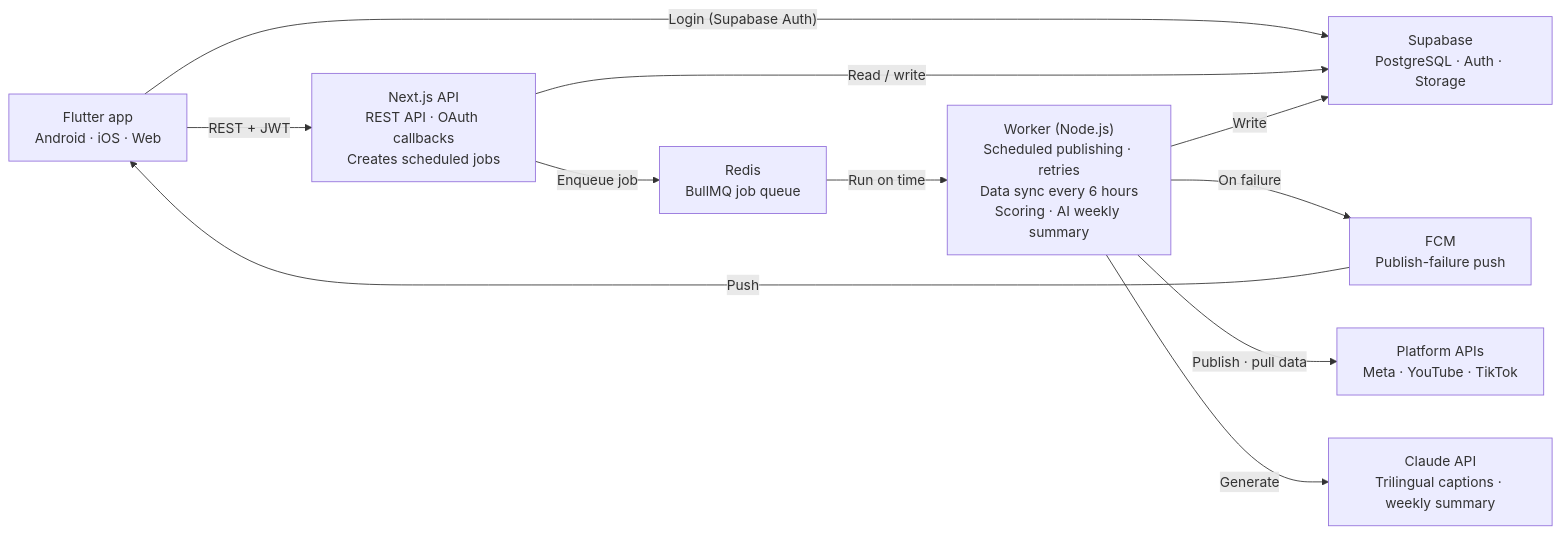
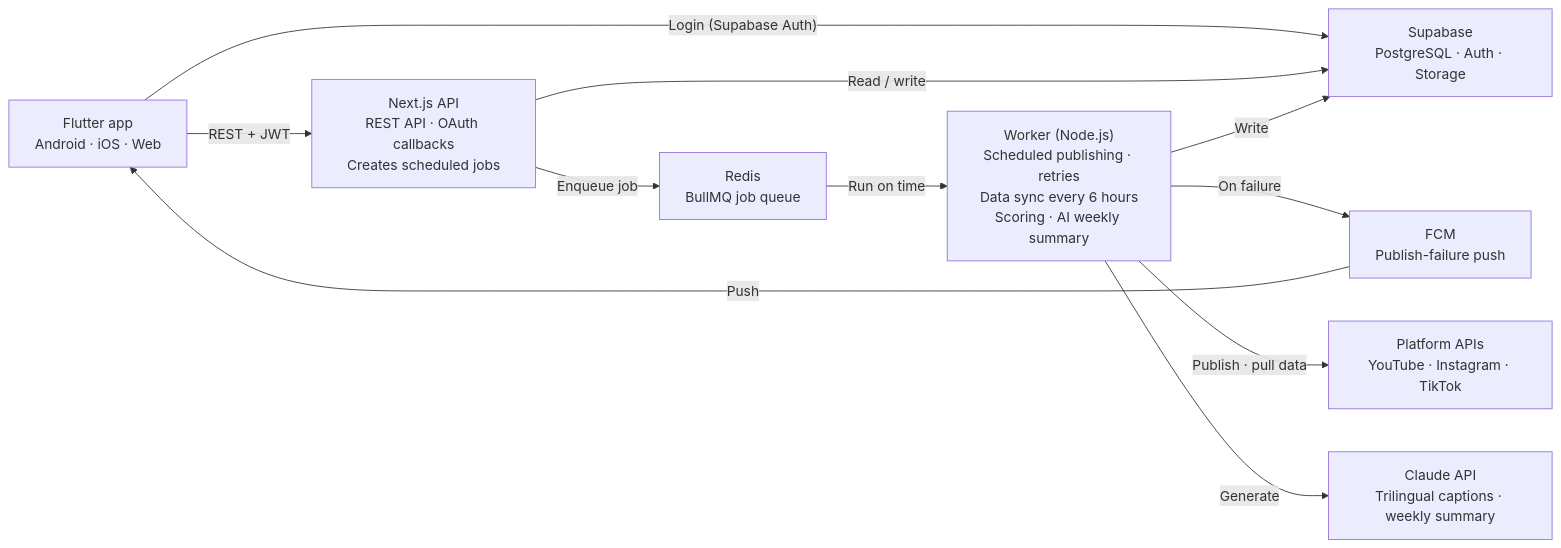
The diagram in docs/TRD.md (JaxzTan/unknown), drawn with Mermaid before and after one commit. The commit also changed other lines of this file and 1 other file, not shown here.

````diff
--- a/docs/TRD.md
+++ b/docs/TRD.md
@@ -15,22 +23,22 @@
 ```mermaid
 flowchart LR
     Flutter["Flutter app<br/>Android · iOS · Web"]
     API["Next.js API<br/>REST API · OAuth callbacks<br/>Creates scheduled jobs"]
     Redis["Redis<br/>BullMQ job queue"]
     Worker["Worker (Node.js)<br/>Scheduled publishing · retries<br/>Data sync every 6 hours<br/>Scoring · AI weekly summary"]
     Supabase["Supabase<br/>PostgreSQL · Auth · Storage"]
     FCM["FCM<br/>Publish-failure push"]
-    Platforms["Platform APIs<br/>Meta · YouTube · TikTok"]
+    Platforms["Platform APIs<br/>YouTube · Instagram · TikTok"]
     Claude["Claude API<br/>Trilingual captions · weekly summary"]
 
     Flutter -- "REST + JWT" --> API
     Flutter -- "Login (Supabase Auth)" --> Supabase
     API -- "Read / write" --> Supabase
     API -- "Enqueue job" --> Redis
     Redis -- "Run on time" --> Worker
     Worker -- "Write" --> Supabase
     Worker -- "On failure" --> FCM
     FCM -- "Push" --> Flutter
     Worker -- "Publish · pull data" --> Platforms
     Worker -- "Generate" --> Claude
 ```
````
